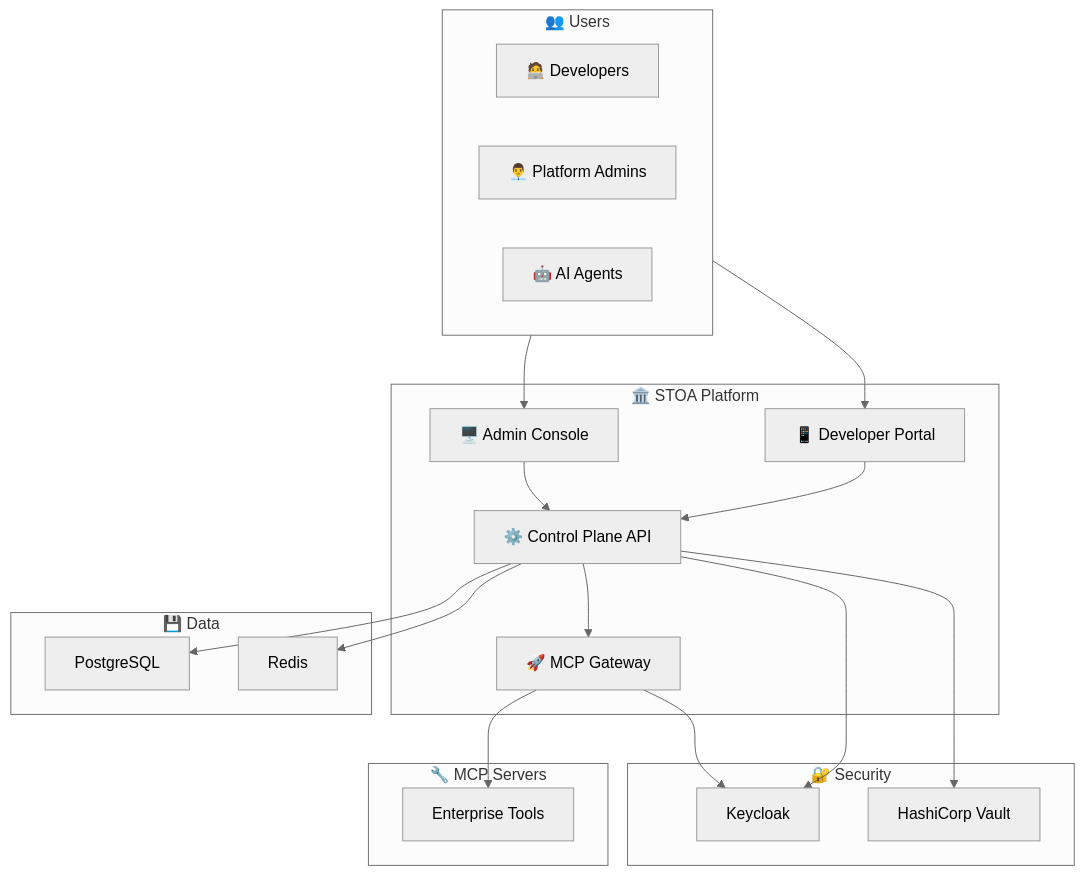
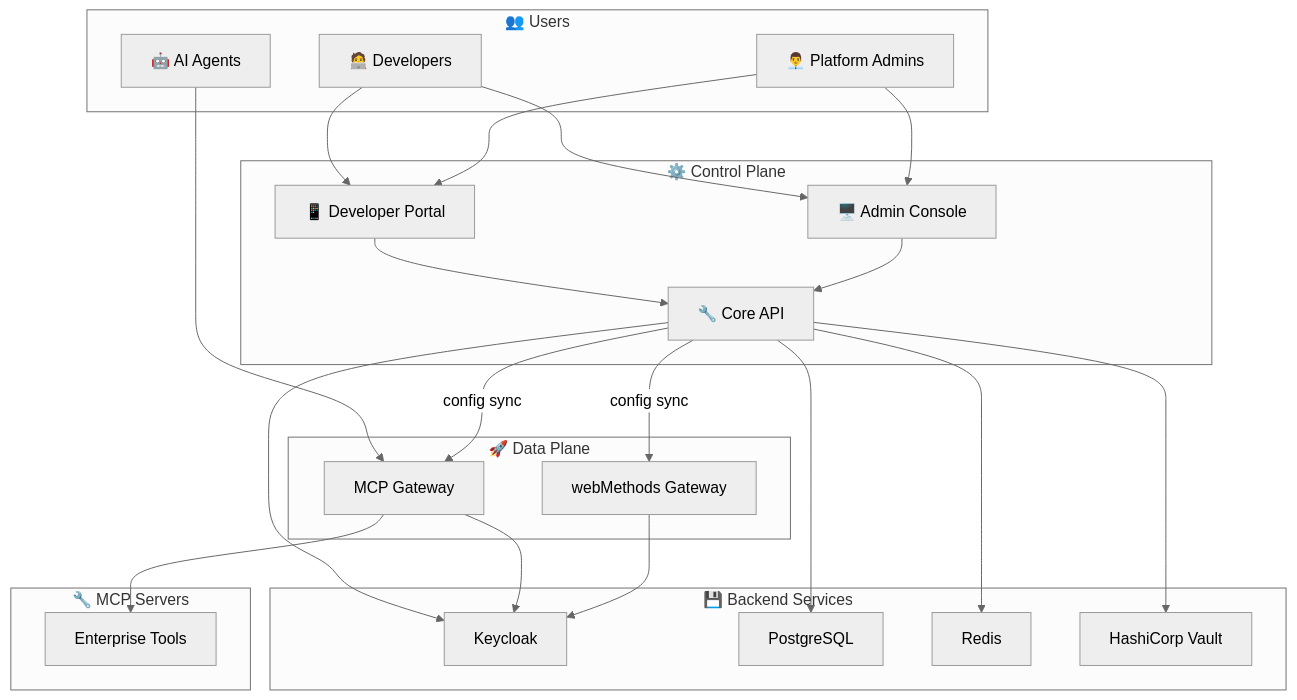
Before and after one commit to stoa-platform/stoa-docs: the first of 2 diagrams in docs/concepts/architecture.md, drawn with Mermaid (neutral theme). The commit also changed other lines of this file, not shown here.

Commit message:
docs: improve architecture diagram with Control/Data Plane separation
- Split diagram into Control Plane (Core API, Portal, Console) and Data Plane (MCP Gateway, webMethods)
- Add comparison table explaining the separation
- Link to ADR-001 for detailed rationale

````diff
--- a/docs/concepts/architecture.md
+++ b/docs/concepts/architecture.md
@@ -13,37 +15,38 @@
 ```mermaid
 flowchart TB
     subgraph Users["👥 Users"]
         Dev["🧑‍💻 Developers"]
         Admin["👨‍💼 Platform Admins"]
         AI["🤖 AI Agents"]
     end
 
-    subgraph STOA["🏛️ STOA Platform"]
+    subgraph ControlPlane["⚙️ Control Plane"]
         Portal["📱 Developer Portal"]
         Console["🖥️ Admin Console"]
-        API["⚙️ Control Plane API"]
-        Gateway["🚀 MCP Gateway"]
+        CoreAPI["🔧 Core API"]
     end
 
-    subgraph Security["🔐 Security"]
-        KC["Keycloak"]
-        Vault["HashiCorp Vault"]
+    subgraph DataPlane["🚀 Data Plane"]
+        MCPGateway["MCP Gateway"]
+        WMGateway["webMethods Gateway"]
     end
 
-    subgraph Data["💾 Data"]
+    subgraph Backend["💾 Backend Services"]
+        KC["Keycloak"]
         PG["PostgreSQL"]
         Redis["Redis"]
+        Vault["HashiCorp Vault"]
     end
 
     subgraph MCP["🔧 MCP Servers"]
         Tools["Enterprise Tools"]
     end
 
-    Users --> Portal & Console
-    Portal & Console --> API
-    API --> Gateway
-    Gateway --> Tools
-    API --> PG & Redis
-    API & Gateway --> KC
-    API --> Vault
+    Dev & Admin --> Portal & Console
+    AI --> MCPGateway
+    Portal & Console --> CoreAPI
+    CoreAPI -->|"config sync"| MCPGateway & WMGateway
+    MCPGateway --> Tools
+    CoreAPI --> PG & Redis & KC & Vault
+    MCPGateway & WMGateway --> KC
 ```
````
